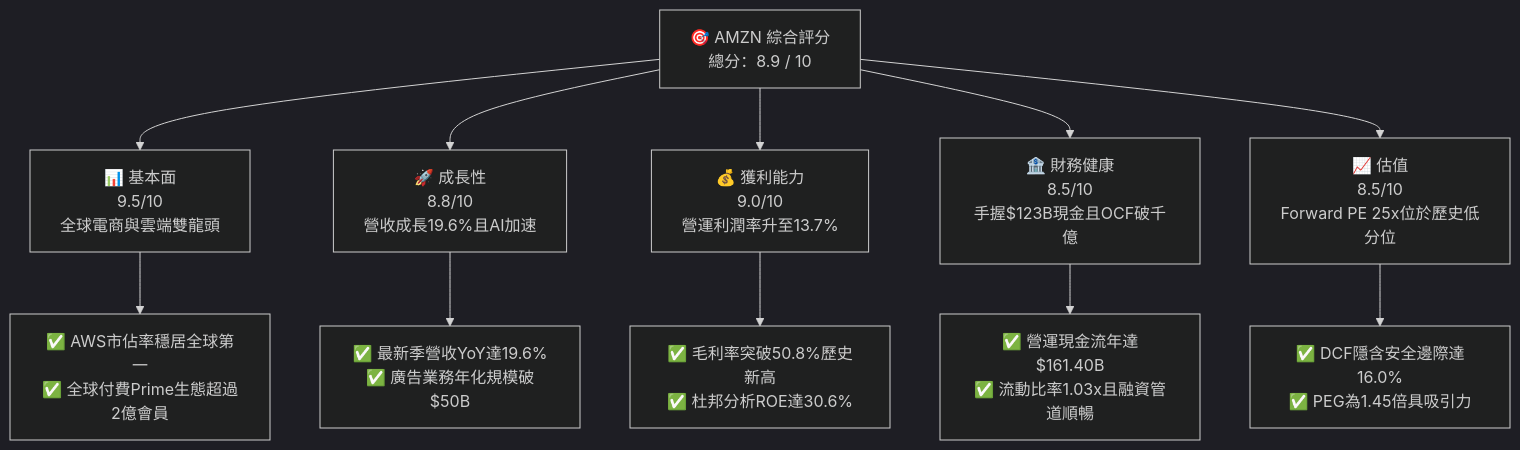
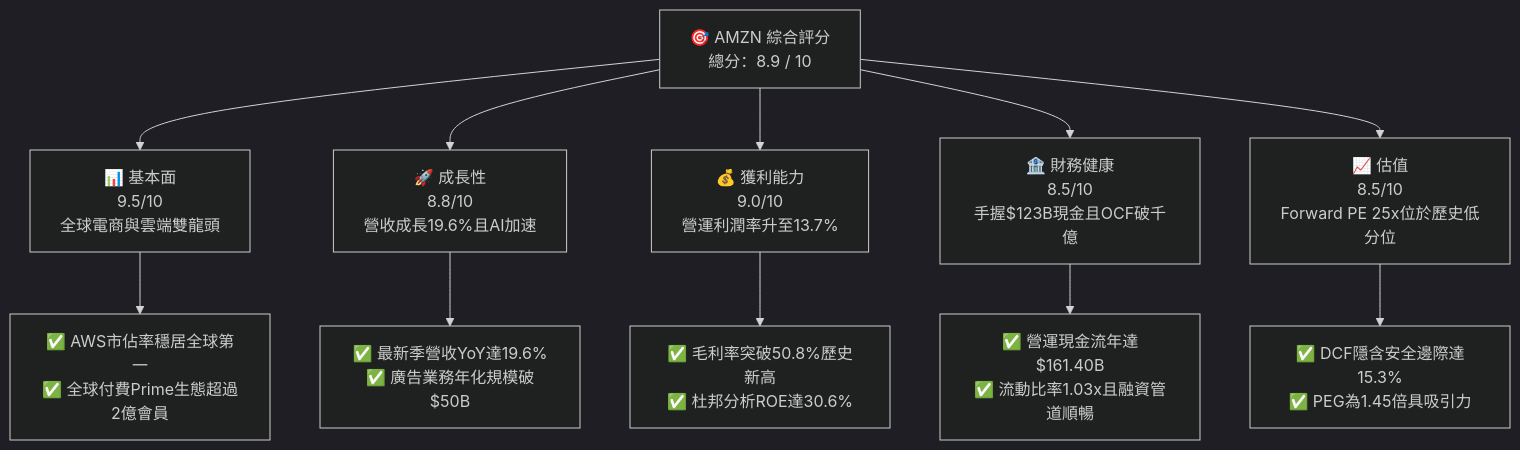
Before and after one commit to yennanliu/finance_data: the first of 15 diagrams in ai_gen_report/fundamental/amzn/fundamental_analysis_2026-10-19_gemini.md, drawn with Mermaid (dark theme). The commit also changed other lines of this file and 339 other files, not shown here.

````diff
--- a/ai_gen_report/fundamental/amzn/fundamental_analysis_2026-10-19_gemini.md
+++ b/ai_gen_report/fundamental/amzn/fundamental_analysis_2026-10-19_gemini.md
@@ -58,22 +65,22 @@
 ```mermaid
 graph TD
     TICKER["🎯 AMZN 綜合評分<br/>總分：8.9 / 10"]
 
     F["📊 基本面<br/>9.5/10<br/>全球電商與雲端雙龍頭"]
     G["🚀 成長性<br/>8.8/10<br/>營收成長19.6%且AI加速"]
     P["💰 獲利能力<br/>9.0/10<br/>營運利潤率升至13.7%"]
     B["🏦 財務健康<br/>8.5/10<br/>手握$123B現金且OCF破千億"]
     V["📈 估值<br/>8.5/10<br/>Forward PE 25x位於歷史低分位"]
 
     TICKER --> F
     TICKER --> G
     TICKER --> P
     TICKER --> B
     TICKER --> V
 
     F --> F1["✅ AWS市佔率穩居全球第一<br/>✅ 全球付費Prime生態超過2億會員"]
     G --> G1["✅ 最新季營收YoY達19.6%<br/>✅ 廣告業務年化規模破$50B"]
     P --> P1["✅ 毛利率突破50.8%歷史新高<br/>✅ 杜邦分析ROE達30.6%"]
     B --> B1["✅ 營運現金流年達$161.40B<br/>✅ 流動比率1.03x且融資管道順暢"]
-    V --> V1["✅ DCF隱含安全邊際達16.0%<br/>✅ PEG為1.45倍具吸引力"]
+    V --> V1["✅ DCF隱含安全邊際達15.3%<br/>✅ PEG為1.45倍具吸引力"]
 ```
````
